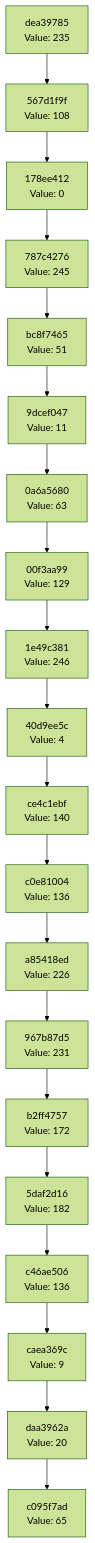
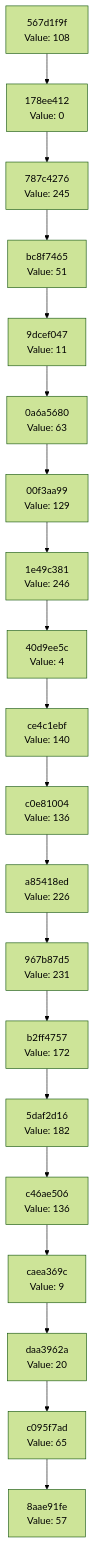
The diagram in docs/CHAIN_VISUALIZATION.md (Abhisheksinha1506/hash-chain-evolver), drawn with Mermaid (forest theme) before and after one commit. The commit also changed 1 other file, not shown here.

Commit message:
Evolution Step

````diff
--- a/docs/CHAIN_VISUALIZATION.md
+++ b/docs/CHAIN_VISUALIZATION.md
@@ -3,42 +3,42 @@
 ```mermaid
 graph TD
-    C0["c095f7ad<br/>Value: 65"]
-    C1["daa3962a<br/>Value: 20"]
+    C0["8aae91fe<br/>Value: 57"]
+    C1["c095f7ad<br/>Value: 65"]
     C1 --> C0
-    C2["caea369c<br/>Value: 9"]
+    C2["daa3962a<br/>Value: 20"]
     C2 --> C1
-    C3["c46ae506<br/>Value: 136"]
+    C3["caea369c<br/>Value: 9"]
     C3 --> C2
-    C4["5daf2d16<br/>Value: 182"]
+    C4["c46ae506<br/>Value: 136"]
     C4 --> C3
-    C5["b2ff4757<br/>Value: 172"]
+    C5["5daf2d16<br/>Value: 182"]
     C5 --> C4
-    C6["967b87d5<br/>Value: 231"]
+    C6["b2ff4757<br/>Value: 172"]
     C6 --> C5
-    C7["a85418ed<br/>Value: 226"]
+    C7["967b87d5<br/>Value: 231"]
     C7 --> C6
-    C8["c0e81004<br/>Value: 136"]
+    C8["a85418ed<br/>Value: 226"]
     C8 --> C7
-    C9["ce4c1ebf<br/>Value: 140"]
+    C9["c0e81004<br/>Value: 136"]
     C9 --> C8
-    C10["40d9ee5c<br/>Value: 4"]
+    C10["ce4c1ebf<br/>Value: 140"]
     C10 --> C9
-    C11["1e49c381<br/>Value: 246"]
+    C11["40d9ee5c<br/>Value: 4"]
     C11 --> C10
-    C12["00f3aa99<br/>Value: 129"]
+    C12["1e49c381<br/>Value: 246"]
     C12 --> C11
-    C13["0a6a5680<br/>Value: 63"]
+    C13["00f3aa99<br/>Value: 129"]
     C13 --> C12
-    C14["9dcef047<br/>Value: 11"]
+    C14["0a6a5680<br/>Value: 63"]
     C14 --> C13
-    C15["bc8f7465<br/>Value: 51"]
+    C15["9dcef047<br/>Value: 11"]
     C15 --> C14
-    C16["787c4276<br/>Value: 245"]
+    C16["bc8f7465<br/>Value: 51"]
     C16 --> C15
-    C17["178ee412<br/>Value: 0"]
+    C17["787c4276<br/>Value: 245"]
     C17 --> C16
-    C18["567d1f9f<br/>Value: 108"]
+    C18["178ee412<br/>Value: 0"]
     C18 --> C17
-    C19["dea39785<br/>Value: 235"]
+    C19["567d1f9f<br/>Value: 108"]
     C19 --> C18
 ```
````
